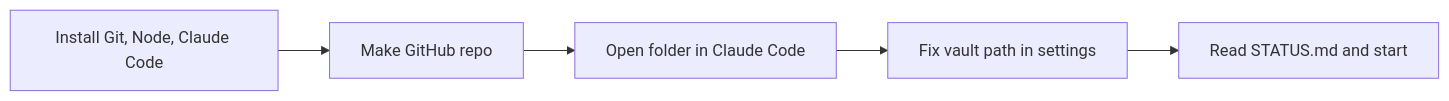
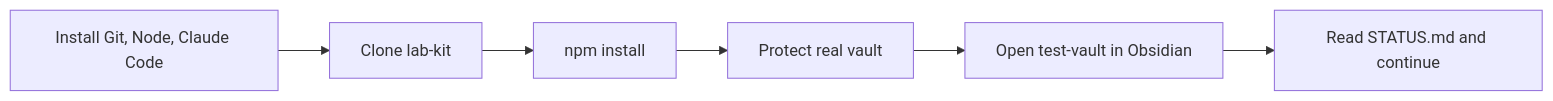
One commit to johnsonolly4/lab-kit changed the diagram in GETTING-STARTED.md. Above: the diagram before and after it, drawn with Mermaid. The commit also changed other lines of this file and 4 other files, not shown here.

First line of the commit message:
Repo cleanup: trim STATUS, open-only BACKLOG, ignore test-vault copies

````diff
--- a/GETTING-STARTED.md
+++ b/GETTING-STARTED.md
@@ -6,7 +6,8 @@
 ```mermaid
 flowchart LR
-    A[Install Git, Node, Claude Code] --> B[Make GitHub repo]
-    B --> C[Open folder in Claude Code]
-    C --> D[Fix vault path in settings]
-    D --> E["Read STATUS.md and start"]
+    A[Install Git, Node, Claude Code] --> B[Clone lab-kit]
+    B --> C[npm install]
+    C --> D[Protect real vault]
+    D --> E[Open test-vault in Obsidian]
+    E --> F["Read STATUS.md and continue"]
 ```
````
